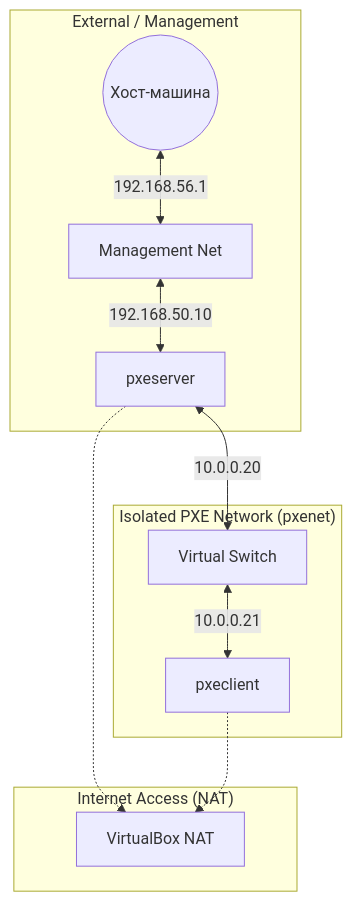
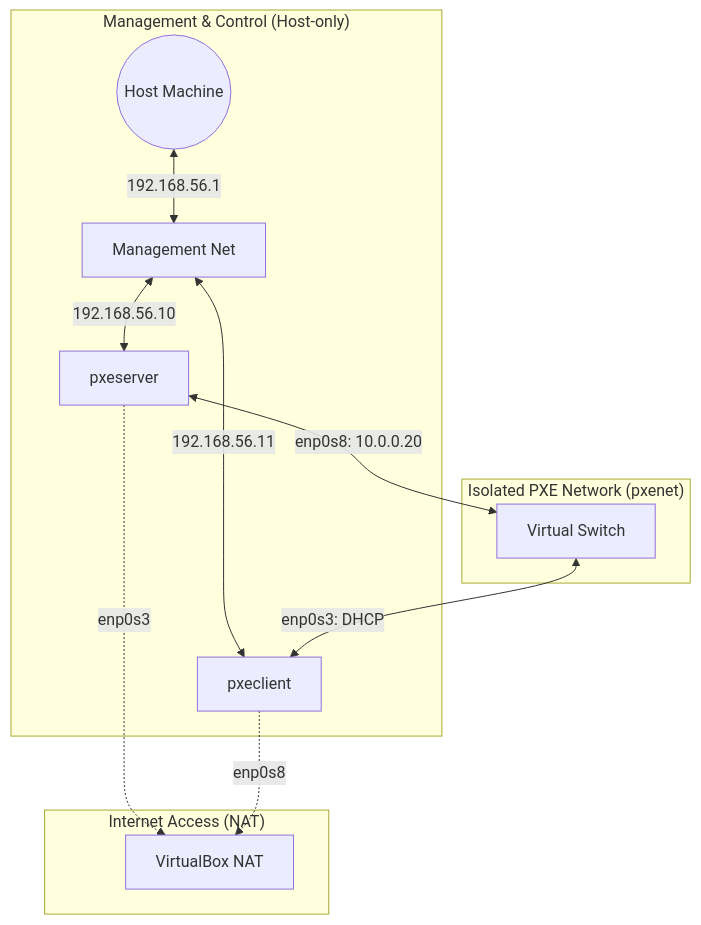
One commit to mrAlexbody/otus_linux-pro-2025-08 changed the diagram in 20_DHCP/README.md. Above: the diagram before and after it, drawn with Mermaid. The commit also changed other lines of this file and 5 other files, not shown here.

````diff
--- a/20_DHCP/README.md
+++ b/20_DHCP/README.md
@@ -30,17 +42,18 @@
 ```mermaid
 graph TD
-    subgraph "External / Management"
-        Host((Хост-машина)) <-->|192.168.56.1| M_Net[Management Net]
-        M_Net <-->|192.168.50.10| Server
+    subgraph "Management & Control (Host-only)"
+        Host((Host Machine)) <-->|192.168.56.1| M_Net[Management Net]
+        M_Net <-->|192.168.56.10| Server[pxeserver]
+        M_Net <-->|192.168.56.11| Client[pxeclient]
     end
 
     subgraph "Isolated PXE Network (pxenet)"
-        Server[pxeserver] <-->|10.0.0.20| Switch[Virtual Switch]
-        Switch <-->|10.0.0.21| Client[pxeclient]
+        Server <-->|enp0s8: 10.0.0.20| Switch[Virtual Switch]
+        Switch <-->|enp0s3: DHCP| Client
     end
 
     subgraph "Internet Access (NAT)"
-        Server -.-> NAT[VirtualBox NAT]
-        Client -.-> NAT
+        Server -.->|enp0s3| NAT[VirtualBox NAT]
+        Client -.->|enp0s8| NAT
     end
 ```
````
